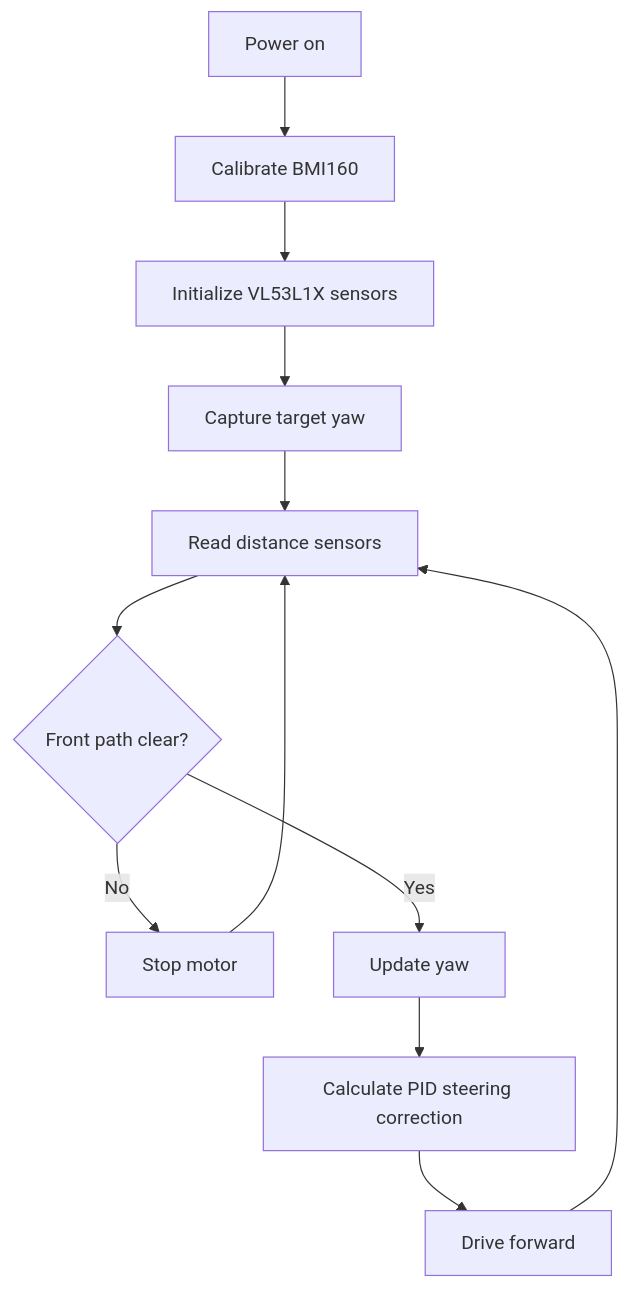
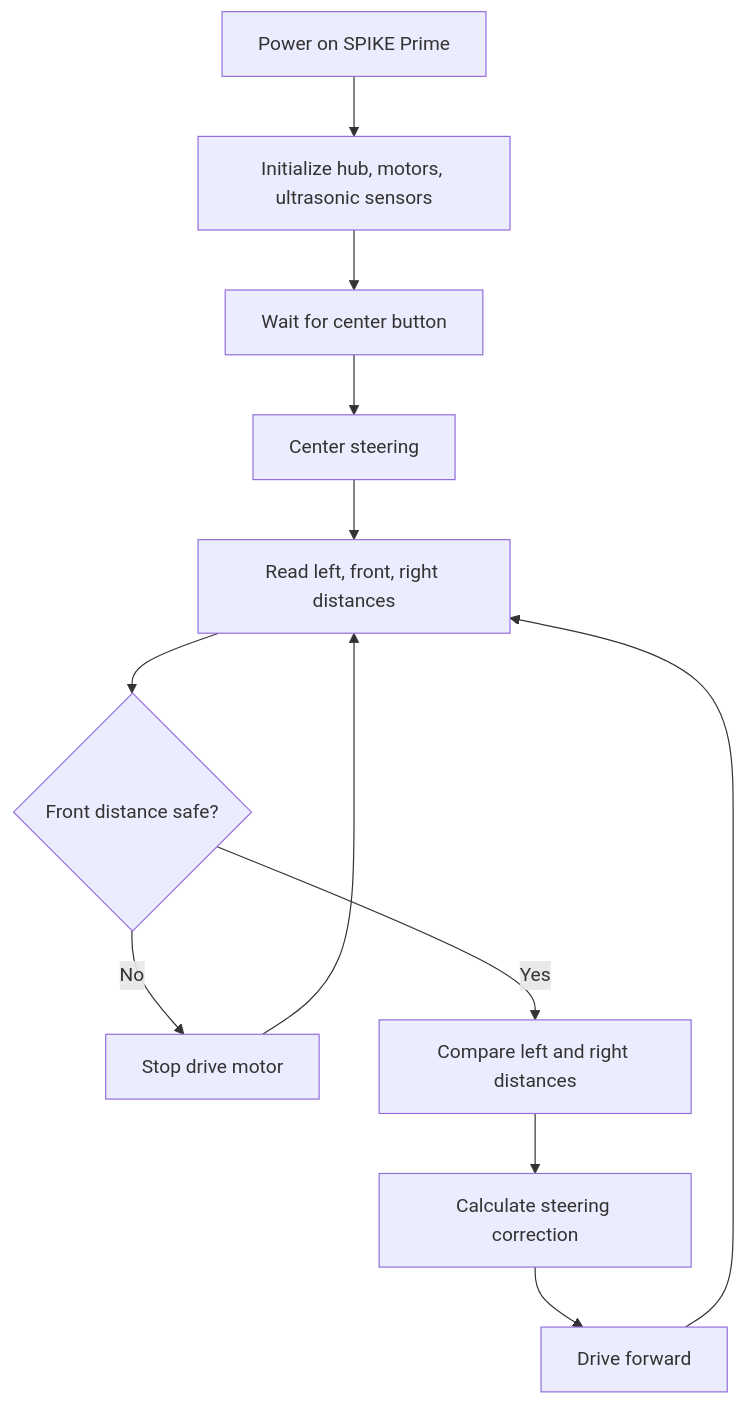
The diagram in README.md (Mechanicous/WRO-Future-Engineers-2026), drawn with Mermaid before and after one commit. The commit also changed other lines of this file and 15 other files, not shown here.

Commit message:
Switch documentation and code to LEGO SPIKE Prime Pybricks

````diff
--- a/README.md
+++ b/README.md
@@ -231,14 +237,14 @@
 ```mermaid
 flowchart TD
-    A["Power on"] --> B["Calibrate BMI160"]
-    B --> C["Initialize VL53L1X sensors"]
-    C --> D["Capture target yaw"]
-    D --> E["Read distance sensors"]
-    E --> F{"Front path clear?"}
-    F -- "No" --> G["Stop motor"]
-    F -- "Yes" --> H["Update yaw"]
-    H --> I["Calculate PID steering correction"]
+    A["Power on SPIKE Prime"] --> B["Initialize hub, motors, ultrasonic sensors"]
+    B --> C["Wait for center button"]
+    C --> D["Center steering"]
+    D --> E["Read left, front, right distances"]
+    E --> F{"Front distance safe?"}
+    F -- "No" --> G["Stop drive motor"]
+    F -- "Yes" --> H["Compare left and right distances"]
+    H --> I["Calculate steering correction"]
     I --> J["Drive forward"]
     G --> E
     J --> E
 ```
````
